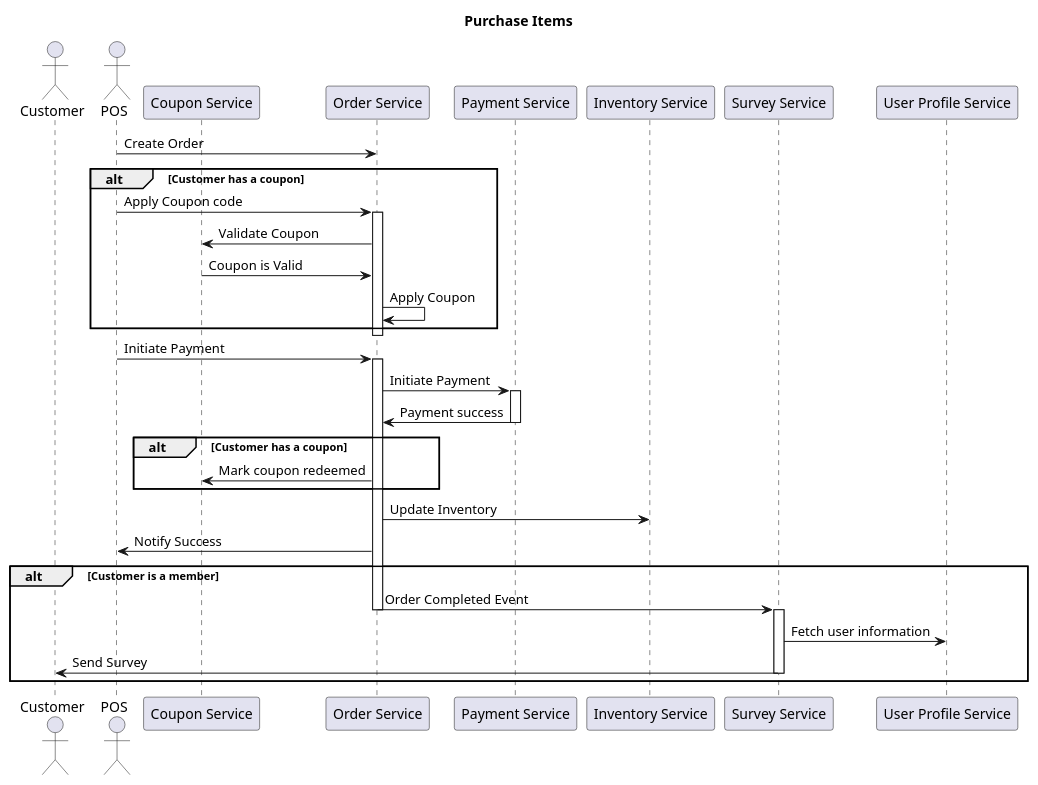
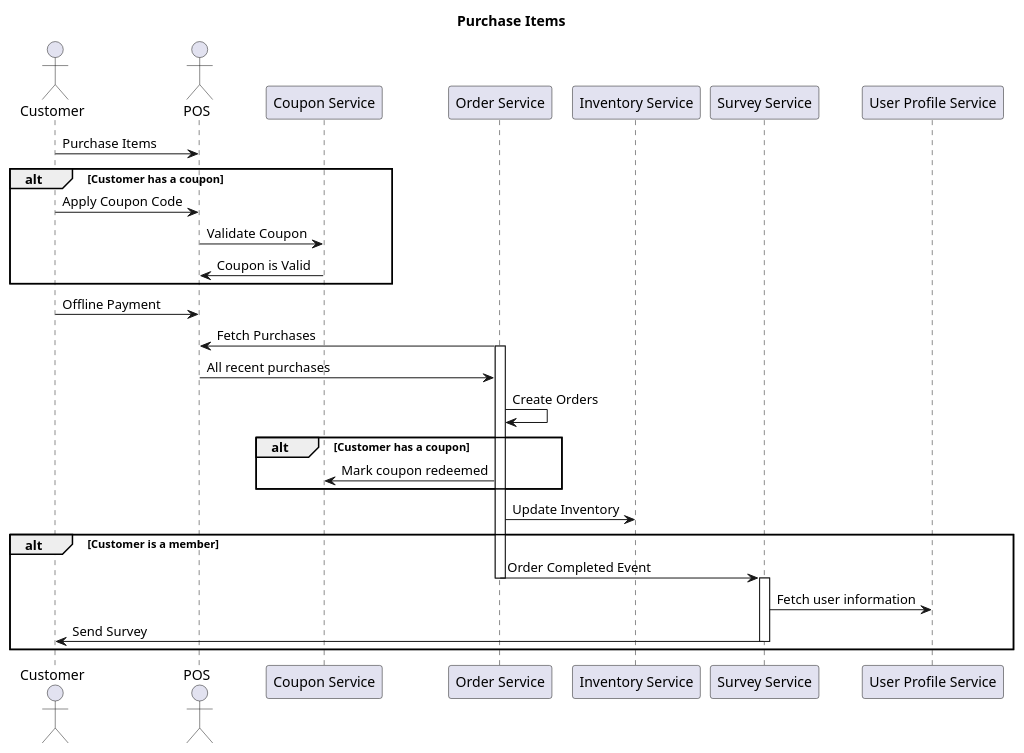
The diagram in SequenceDiagrams/PUML/PurchaseItemsAndSendSurvey_SequenceDiagram.puml (icedhacker/architecture-katas), drawn with PlantUML before and after one commit.

```diff
--- a/SequenceDiagrams/PUML/PurchaseItemsAndSendSurvey_SequenceDiagram.puml
+++ b/SequenceDiagrams/PUML/PurchaseItemsAndSendSurvey_SequenceDiagram.puml
@@ -1,42 +1,37 @@
 @startuml
 title Purchase Items
 actor Customer as Cu
 actor POS
 
 participant "Coupon Service" as Co
 participant "Order Service" as O
-participant "Payment Service" as P
 participant "Inventory Service" as I
 participant "Survey Service" as S
 participant "User Profile Service" as U
 
-POS -> O: Create Order
+Cu -> POS: Purchase Items
 alt Customer has a coupon
- POS -> O: Apply Coupon code
- activate O
-  O -> Co: Validate Coupon
-  Co -> O: Coupon is Valid
-  O -> O: Apply Coupon
+  Cu -> POS: Apply Coupon Code
+  POS -> Co: Validate Coupon
+  Co -> POS: Coupon is Valid
 end
-deactivate O
+Cu -> POS: Offline Payment
 
-POS -> O: Initiate Payment
+O -> POS: Fetch Purchases
 activate O
- O -> P: Initiate Payment
- activate P
-  P -> O: Payment success
- deactivate P
- alt Customer has a coupon
+POS -> O: All recent purchases
+O -> O: Create Orders
+alt Customer has a coupon
   O -> Co: Mark coupon redeemed
- end
+end
  O -> I: Update Inventory
- O -> POS: Notify Success
- alt Customer is a member
-  O -> S: Order Completed Event
+
+alt Customer is a member
+ O -> S: Order Completed Event
 deactivate O
   activate S
    S -> U: Fetch user information
    S -> Cu: Send Survey
   deactivate S
  end
 @enduml
```
